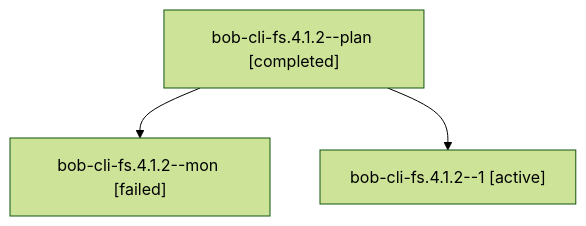
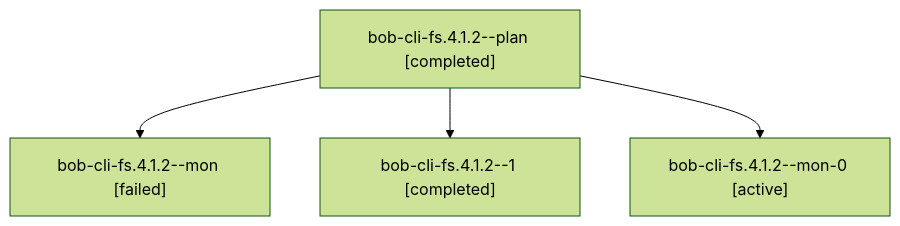
The diagram in sessions/bbugyi200.athena.bob-cli-fs.4.1.2.md (bobs-org/bob-cli--agents), drawn with Mermaid (forest theme) before and after one commit. The commit also changed other lines of this file and 73 other files, not shown here.

````diff
--- a/sessions/bbugyi200.athena.bob-cli-fs.4.1.2.md
+++ b/sessions/bbugyi200.athena.bob-cli-fs.4.1.2.md
@@ -9,8 +9,10 @@
 ```mermaid
 flowchart TD
   n0["bob-cli-fs.4.1.2--plan [completed]"]
   n1["bob-cli-fs.4.1.2--mon [failed]"]
   n0 --> n1
-  n2["bob-cli-fs.4.1.2--1 [active]"]
+  n2["bob-cli-fs.4.1.2--1 [completed]"]
   n0 --> n2
+  n3["bob-cli-fs.4.1.2--mon-0 [active]"]
+  n0 --> n3
 ```
````
